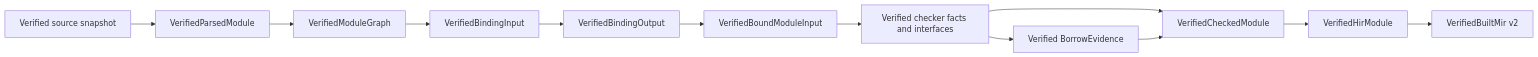
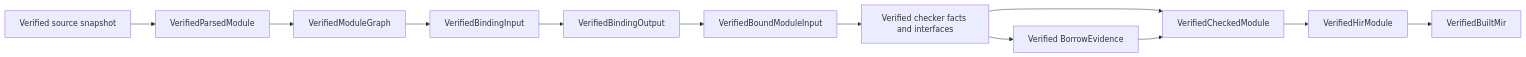
The diagram in docs/design/compiler-contracts.md (Zzzode/ZOM), drawn with Mermaid before and after one commit. The commit also changed other lines of this file and 4 other files, not shown here.

First line of the commit message:
docs(repo): drop versioned Built MIR references from design docs

````diff
--- a/docs/design/compiler-contracts.md
+++ b/docs/design/compiler-contracts.md
@@ -18,14 +18,14 @@
 ```mermaid
 flowchart LR
     S["Verified source snapshot"] --> P["VerifiedParsedModule"]
     P --> G["VerifiedModuleGraph"]
     G --> I["VerifiedBindingInput"]
     I --> B["VerifiedBindingOutput"]
     B --> V["VerifiedBoundModuleInput"]
     V --> C["Verified checker facts and interfaces"]
     C --> E["Verified BorrowEvidence"]
     C --> M["VerifiedCheckedModule"]
     E --> M
     M --> H["VerifiedHirModule"]
-    H --> R["VerifiedBuiltMir v2"]
+    H --> R["VerifiedBuiltMir"]
 ```
````
